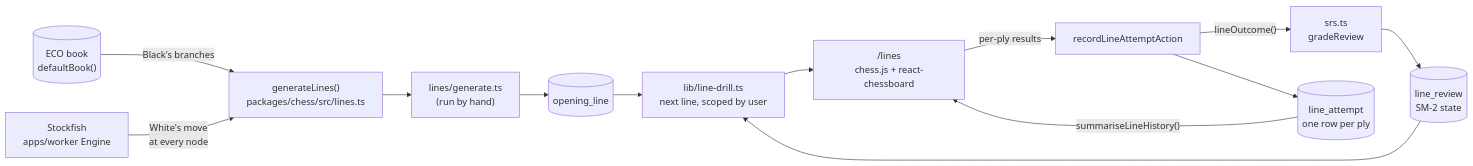
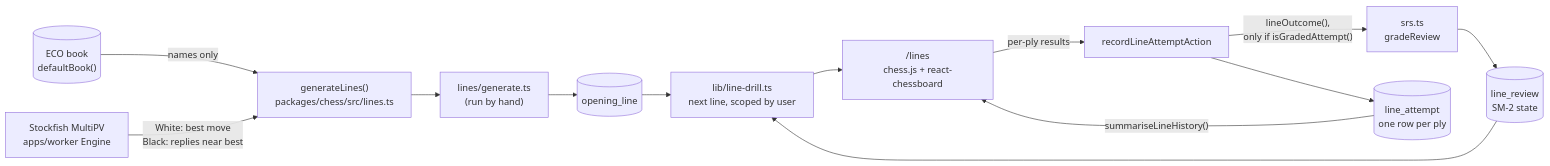
Diagram 11 of 11 in docs/architecture.md (SimonF-Codes/ChessEdu), drawn with Mermaid before and after one commit. The commit also changed other lines of this file and 2 other files, not shown here.

First line of the commit message:
ADR 0007: engine-vetted Black branches, replays that do not grade, ply retry

````diff
--- a/docs/architecture.md
+++ b/docs/architecture.md
@@ -854,15 +856,15 @@
 ```mermaid
 flowchart LR
-    ECO[("ECO book<br/>defaultBook()")] -->|"Black's branches"| GEN["generateLines()<br/>packages/chess/src/lines.ts"]
-    SF["Stockfish<br/>apps/worker Engine"] -->|"White's move<br/>at every node"| GEN
+    ECO[("ECO book<br/>defaultBook()")] -->|"names only"| GEN["generateLines()<br/>packages/chess/src/lines.ts"]
+    SF["Stockfish MultiPV<br/>apps/worker Engine"] -->|"White: best move<br/>Black: replies near best"| GEN
     GEN --> SCRIPT["lines/generate.ts<br/>(run by hand)"]
     SCRIPT --> OL[("opening_line")]
     OL --> Q["lib/line-drill.ts<br/>next line, scoped by user"]
     LR2[("line_review<br/>SM-2 state")] --> Q
     Q --> UI["/lines<br/>chess.js + react-chessboard"]
     UI -->|"per-ply results"| A["recordLineAttemptAction"]
-    A -->|"lineOutcome()"| SRS["srs.ts<br/>gradeReview"]
+    A -->|"lineOutcome(),<br/>only if isGradedAttempt()"| SRS["srs.ts<br/>gradeReview"]
     A --> LA[("line_attempt<br/>one row per ply")]
     SRS --> LR2
     LA -->|"summariseLineHistory()"| UI
 ```
````
